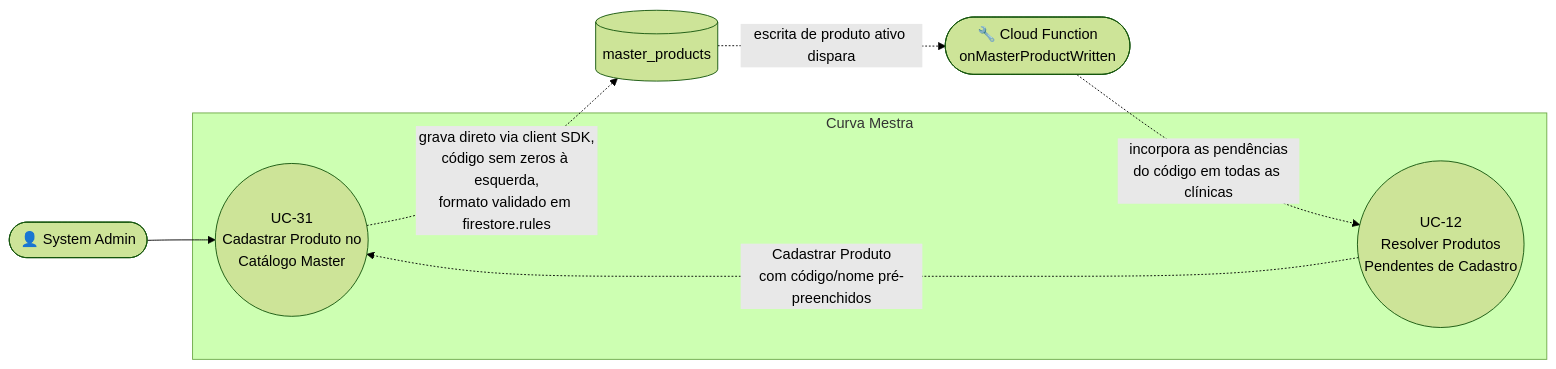
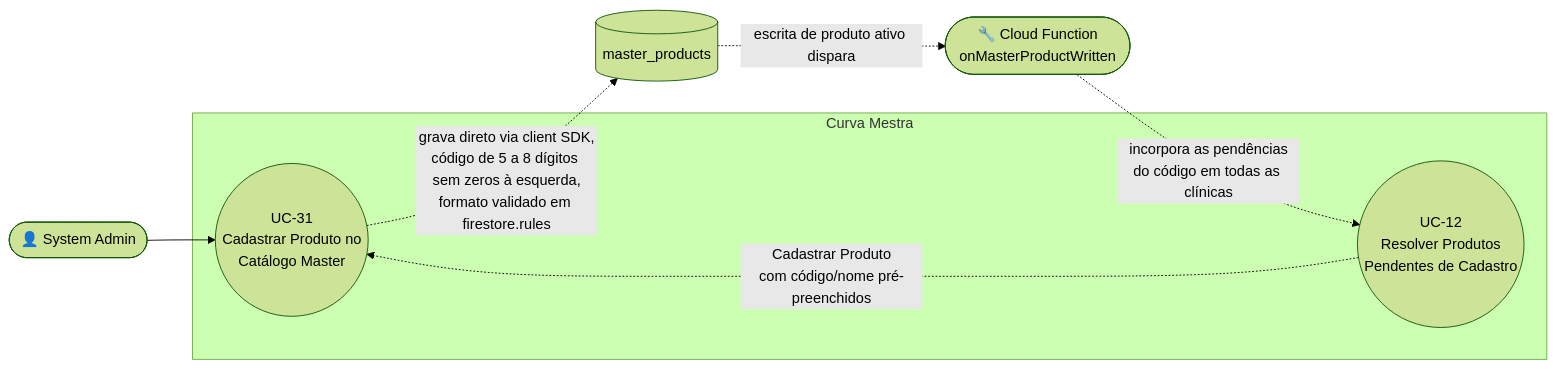
Before and after one commit to GScandelari/curva_mestra_system: the diagram in ONLY_FOR_DEVS/PO_BA_Docs/UC-31-cadastrar-produto-no-catalogo-master.md, drawn with Mermaid (forest theme). The commit also changed other lines of this file and 5 other files, not shown here.

````diff
--- a/ONLY_FOR_DEVS/PO_BA_Docs/UC-31-cadastrar-produto-no-catalogo-master.md
+++ b/ONLY_FOR_DEVS/PO_BA_Docs/UC-31-cadastrar-produto-no-catalogo-master.md
@@ -16,16 +16,16 @@
 ```mermaid
 flowchart LR
     SystemAdmin([👤 System Admin])
     CloudFn([🔧 Cloud Function\nonMasterProductWritten])
 
     subgraph Sistema["Curva Mestra"]
         UC12(("UC-12\nResolver Produtos\nPendentes de Cadastro"))
         UC31(("UC-31\nCadastrar Produto no\nCatálogo Master"))
     end
 
     SystemAdmin --> UC31
     UC12 -.->|"Cadastrar Produto"\ncom código/nome pré-preenchidos| UC31
-    UC31 -.->|grava direto via client SDK,\ncódigo sem zeros à esquerda,\nformato validado em firestore.rules| MasterProducts[(master_products)]
+    UC31 -.->|"grava direto via client SDK,\ncódigo de 5 a 8 dígitos sem zeros à esquerda,\nformato validado em firestore.rules"| MasterProducts[(master_products)]
     MasterProducts -.->|escrita de produto ativo dispara| CloudFn
     CloudFn -.->|incorpora as pendências\ndo código em todas as clínicas| UC12
 ```
````
